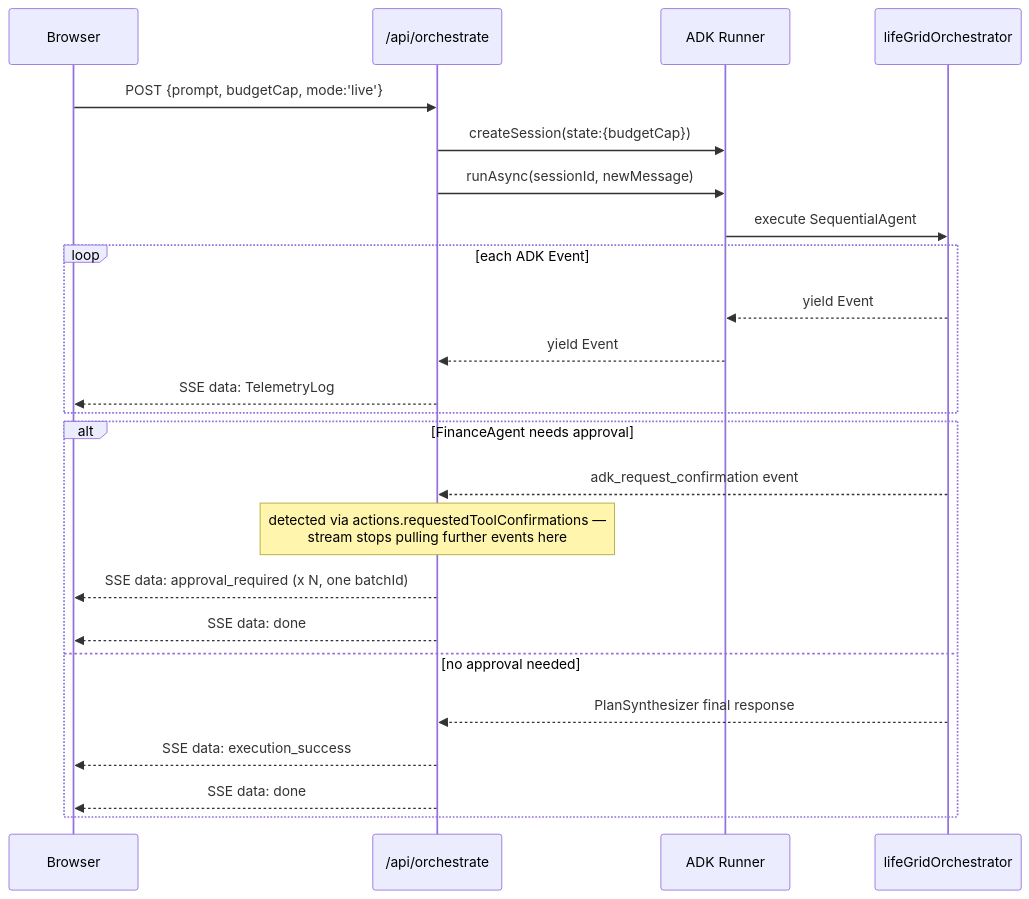
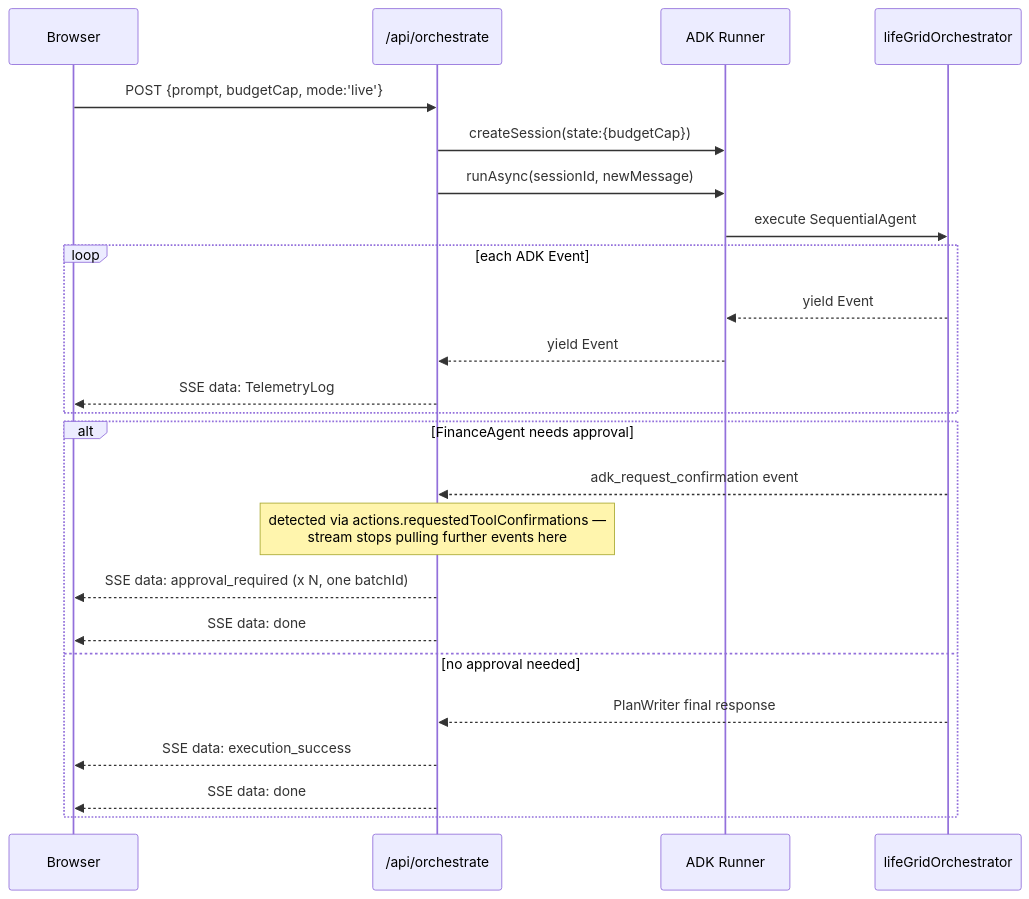
The third of 4 diagrams in docs/IMPLEMENTATION_PLAN.md (vvishnoi/life-grid), drawn with Mermaid before and after one commit. The commit also changed other lines of this file and 11 other files, not shown here.

First line of the commit message:
refactor: rename PlanSynthesizer to PlanWriter, presentation fixes

````diff
--- a/docs/IMPLEMENTATION_PLAN.md
+++ b/docs/IMPLEMENTATION_PLAN.md
@@ -306,27 +306,27 @@
 ```mermaid
 sequenceDiagram
     participant U as Browser
     participant O as /api/orchestrate
     participant R as ADK Runner
     participant P as lifeGridOrchestrator
 
     U->>O: POST {prompt, budgetCap, mode:'live'}
     O->>R: createSession(state:{budgetCap})
     O->>R: runAsync(sessionId, newMessage)
     R->>P: execute SequentialAgent
     loop each ADK Event
         P-->>R: yield Event
         R-->>O: yield Event
         O-->>U: SSE data: TelemetryLog
     end
     alt FinanceAgent needs approval
         P-->>O: adk_request_confirmation event
         Note over O: detected via actions.requestedToolConfirmations —<br/>stream stops pulling further events here
         O-->>U: SSE data: approval_required (x N, one batchId)
         O-->>U: SSE data: done
     else no approval needed
-        P-->>O: PlanSynthesizer final response
+        P-->>O: PlanWriter final response
         O-->>U: SSE data: execution_success
         O-->>U: SSE data: done
     end
 ```
````
